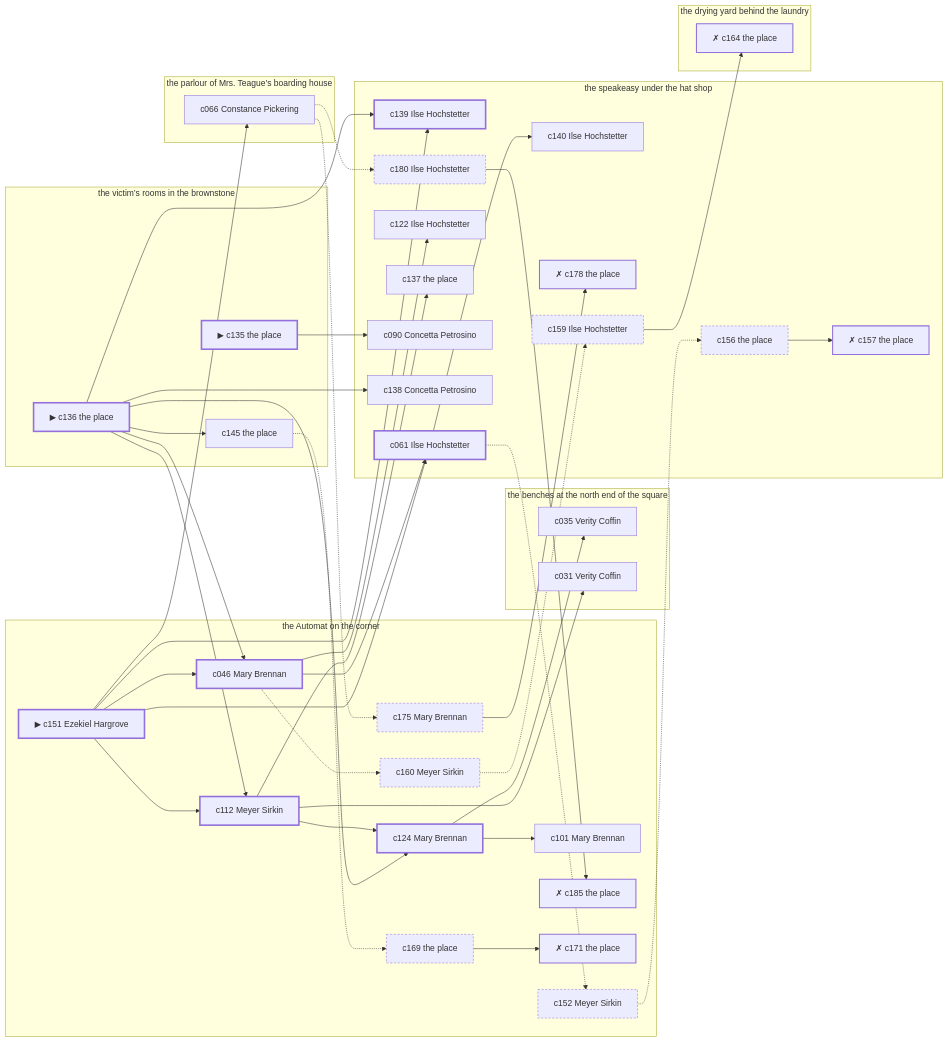
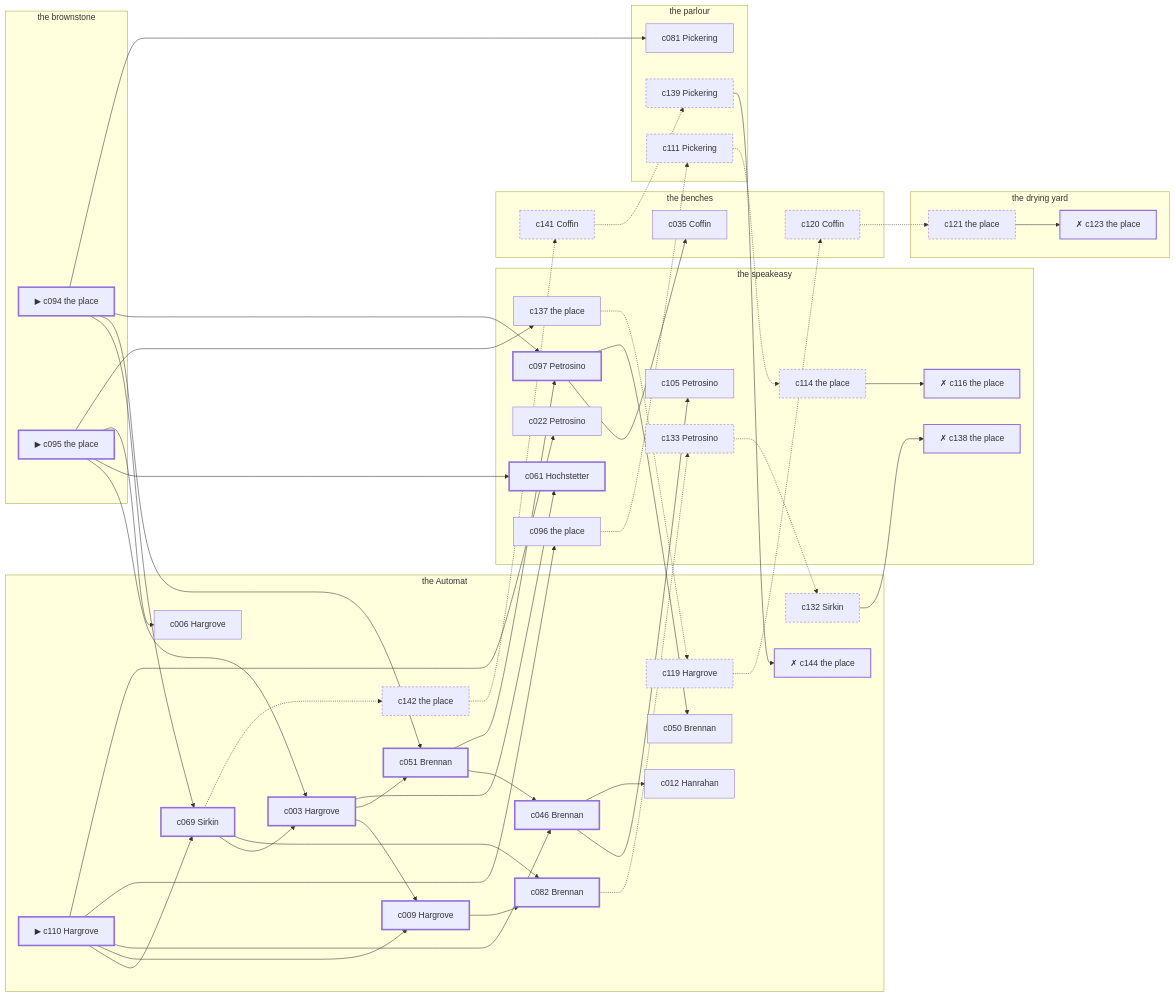
One commit to lyamshin/dashiell changed the diagram in docs/samples/case-8.md. Above: the diagram before and after it, drawn with Mermaid. The commit also changed other lines of this file and 60 other files, not shown here.

````diff
--- a/docs/samples/case-8.md
+++ b/docs/samples/case-8.md
@@ -303,85 +315,96 @@
 ```mermaid
 graph LR
-  subgraph P1["the speakeasy under the hat shop"]
-    c139["c139 Ilse Hochstetter"]
-    c061["c061 Ilse Hochstetter"]
-    c122["c122 Ilse Hochstetter"]
+  subgraph P1["the speakeasy"]
+    c097["c097 Petrosino"]
+    c061["c061 Hochstetter"]
+    c105["c105 Petrosino"]
+    c096["c096 the place"]
+    c022["c022 Petrosino"]
     c137["c137 the place"]
-    c090["c090 Concetta Petrosino"]
-    c138["c138 Concetta Petrosino"]
-    c140["c140 Ilse Hochstetter"]
-    c180["c180 Ilse Hochstetter"]
-    c178["✗ c178 the place"]
-    c159["c159 Ilse Hochstetter"]
-    c156["c156 the place"]
-    c157["✗ c157 the place"]
+    c114["c114 the place"]
+    c116["✗ c116 the place"]
+    c133["c133 Petrosino"]
+    c138["✗ c138 the place"]
   end
-  subgraph P2["the parlour of Mrs. Teague’s boarding house"]
-    c066["c066 Constance Pickering"]
+  subgraph P2["the parlour"]
+    c081["c081 Pickering"]
+    c139["c139 Pickering"]
+    c111["c111 Pickering"]
   end
-  subgraph P3["the drying yard behind the laundry"]
-    c164["✗ c164 the place"]
+  subgraph P3["the drying yard"]
+    c121["c121 the place"]
+    c123["✗ c123 the place"]
   end
-  subgraph P4["the victim’s rooms in the brownstone"]
-    c135["▶ c135 the place"]
-    c136["▶ c136 the place"]
-    c145["c145 the place"]
+  subgraph P4["the brownstone"]
+    c094["▶ c094 the place"]
+    c095["▶ c095 the place"]
   end
-  subgraph P5["the benches at the north end of the square"]
-    c035["c035 Verity Coffin"]
-    c031["c031 Verity Coffin"]
+  subgraph P5["the benches"]
+    c035["c035 Coffin"]
+    c141["c141 Coffin"]
+    c120["c120 Coffin"]
   end
-  subgraph P6["the Automat on the corner"]
-    c151["▶ c151 Ezekiel Hargrove"]
-    c112["c112 Meyer Sirkin"]
-    c124["c124 Mary Brennan"]
-    c046["c046 Mary Brennan"]
-    c101["c101 Mary Brennan"]
-    c185["✗ c185 the place"]
-    c175["c175 Mary Brennan"]
-    c169["c169 the place"]
-    c171["✗ c171 the place"]
-    c160["c160 Meyer Sirkin"]
-    c152["c152 Meyer Sirkin"]
+  subgraph P6["the Automat"]
+    c110["▶ c110 Hargrove"]
+    c069["c069 Sirkin"]
+    c003["c003 Hargrove"]
+    c009["c009 Hargrove"]
+    c051["c051 Brennan"]
+    c046["c046 Brennan"]
+    c082["c082 Brennan"]
+    c012["c012 Hanrahan"]
+    c050["c050 Brennan"]
+    c006["c006 Hargrove"]
+    c142["c142 the place"]
+    c144["✗ c144 the place"]
+    c119["c119 Hargrove"]
+    c132["c132 Sirkin"]
   end
-  c135 --> c090
-  c136 --> c112
-  c136 --> c124
-  c136 --> c046
-  c136 --> c139
-  c136 --> c145
-  c136 --> c138
-  c151 --> c112
-  c151 --> c046
-  c151 --> c139
-  c151 --> c061
-  c151 --> c066
-  c112 --> c124
-  c112 --> c137
-  c112 --> c031
-  c124 --> c101
-  c124 --> c035
-  c046 --> c061
-  c046 --> c122
-  c046 -.-> c160
-  c061 --> c140
-  c061 -.-> c152
-  c066 -.-> c180
-  c066 -.-> c175
-  c145 -.-> c169
-  c180 --> c185
-  c175 --> c178
-  c169 --> c171
-  c160 -.-> c159
-  c159 --> c164
-  c152 -.-> c156
-  c156 --> c157
+  c094 --> c069
+  c094 --> c051
+  c094 --> c097
+  c094 --> c081
+  c095 --> c003
+  c095 --> c061
+  c095 --> c006
+  c095 --> c137
+  c110 --> c069
+  c110 --> c009
+  c110 --> c046
+  c110 --> c096
+  c110 --> c022
+  c069 --> c003
+  c069 --> c082
+  c069 -.-> c142
+  c003 --> c009
+  c003 --> c051
+  c003 --> c061
+  c009 --> c082
+  c051 --> c046
+  c051 --> c097
+  c046 --> c105
+  c046 --> c012
+  c082 -.-> c133
+  c097 --> c035
+  c097 --> c050
+  c096 -.-> c111
+  c137 -.-> c119
+  c142 -.-> c141
+  c141 -.-> c139
+  c139 --> c144
+  c119 -.-> c120
+  c120 -.-> c121
+  c121 --> c123
+  c111 -.-> c114
+  c114 --> c116
+  c133 -.-> c132
+  c132 --> c138
   classDef spine stroke-width:3px;
   classDef corrob stroke-width:1px;
   classDef noise stroke-dasharray: 4 3;
   classDef disq stroke-width:2px,stroke-dasharray: 1 0;
-  class c135,c136,c151,c112,c124,c046,c139,c061 spine;
-  class c101,c035,c066,c122,c145,c137,c090,c138,c140,c031 corrob;
-  class c180,c175,c169,c160,c159,c152,c156 noise;
-  class c185,c178,c171,c164,c157 disq;
+  class c094,c095,c110,c069,c003,c009,c051,c046,c082,c097,c061 spine;
+  class c081,c035,c105,c096,c012,c022,c050,c006,c137 corrob;
+  class c142,c141,c139,c119,c120,c121,c111,c114,c133,c132 noise;
+  class c144,c123,c116,c138 disq;
 ```
````
